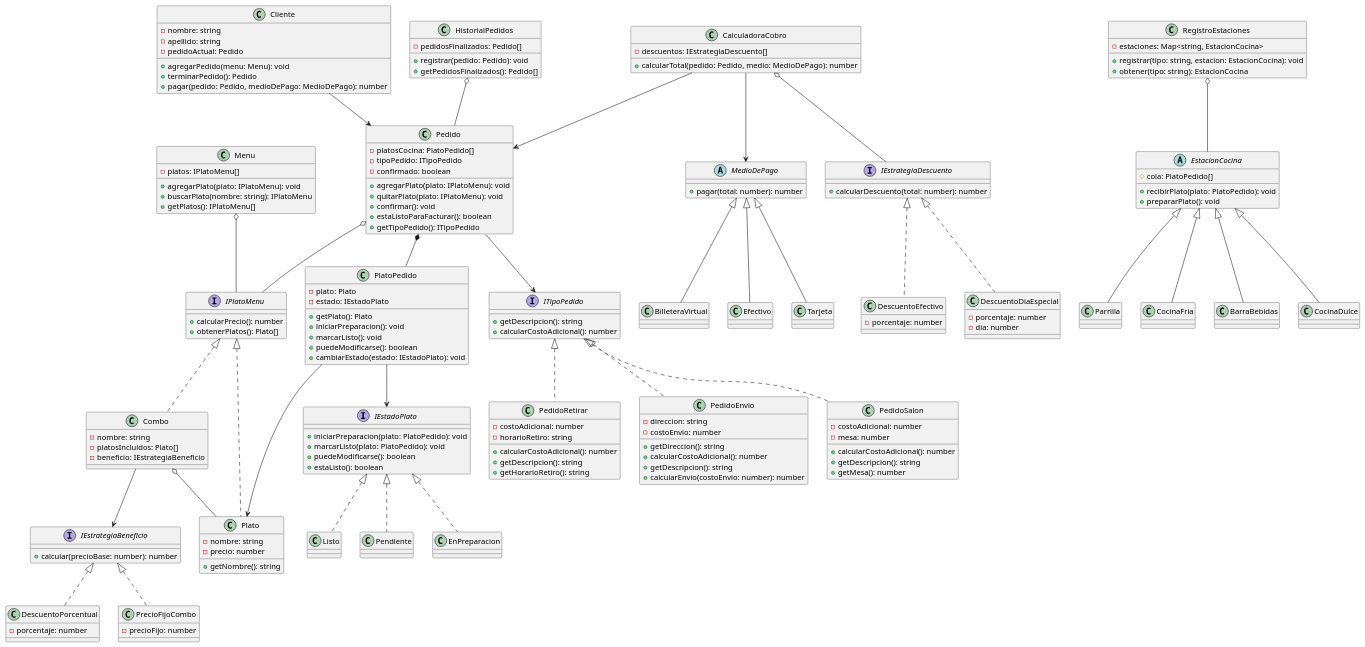
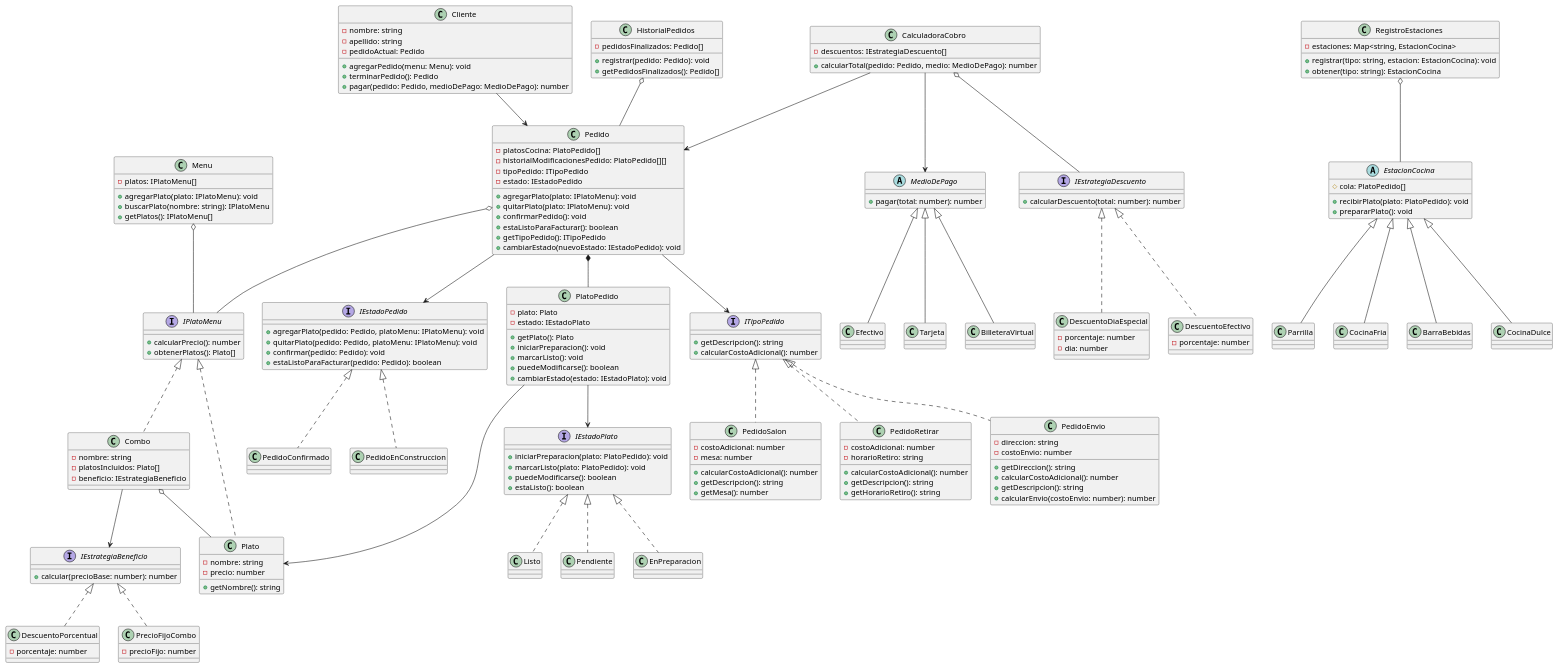
The diagram in diagrama/clase.puml (CoronelAlan/tp_progra2_grupo4), drawn with PlantUML before and after one commit. The commit also changed 15 other files, not shown here.

```diff
--- a/diagrama/clase.puml
+++ b/diagrama/clase.puml
@@ -66,15 +66,35 @@
 
 class Pedido {
     - platosCocina: PlatoPedido[]
+    - historialModificacionesPedido: PlatoPedido[][]
     - tipoPedido: ITipoPedido
-    - confirmado: boolean
+    - estado: IEstadoPedido
 
     + agregarPlato(plato: IPlatoMenu): void
     + quitarPlato(plato: IPlatoMenu): void
-    + confirmar(): void
+    + confirmarPedido(): void
     + estaListoParaFacturar(): boolean
     + getTipoPedido(): ITipoPedido
+    + cambiarEstado(nuevoEstado: IEstadoPedido): void
 }
+
+Pedido --> IEstadoPedido
+
+interface IEstadoPedido {
+    + agregarPlato(pedido: Pedido, platoMenu: IPlatoMenu): void
+    + quitarPlato(pedido: Pedido, platoMenu: IPlatoMenu): void
+    + confirmar(pedido: Pedido): void
+    + estaListoParaFacturar(pedido: Pedido): boolean
+}
+
+class PedidoEnConstruccion {
+}
+
+class PedidoConfirmado {
+}
+
+IEstadoPedido <|.. PedidoEnConstruccion
+IEstadoPedido <|.. PedidoConfirmado
 
 Pedido o-- IPlatoMenu
 Pedido *-- PlatoPedido
```
